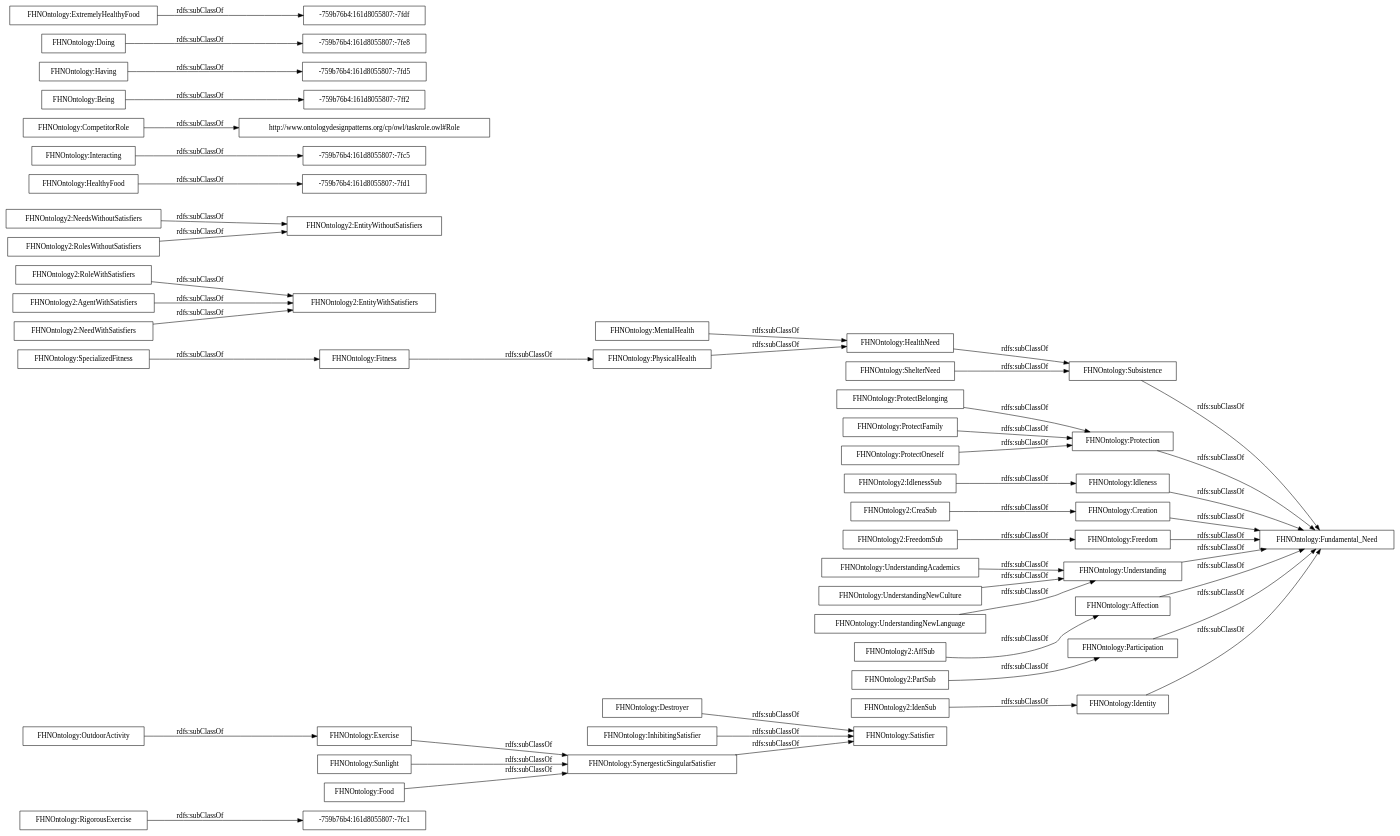
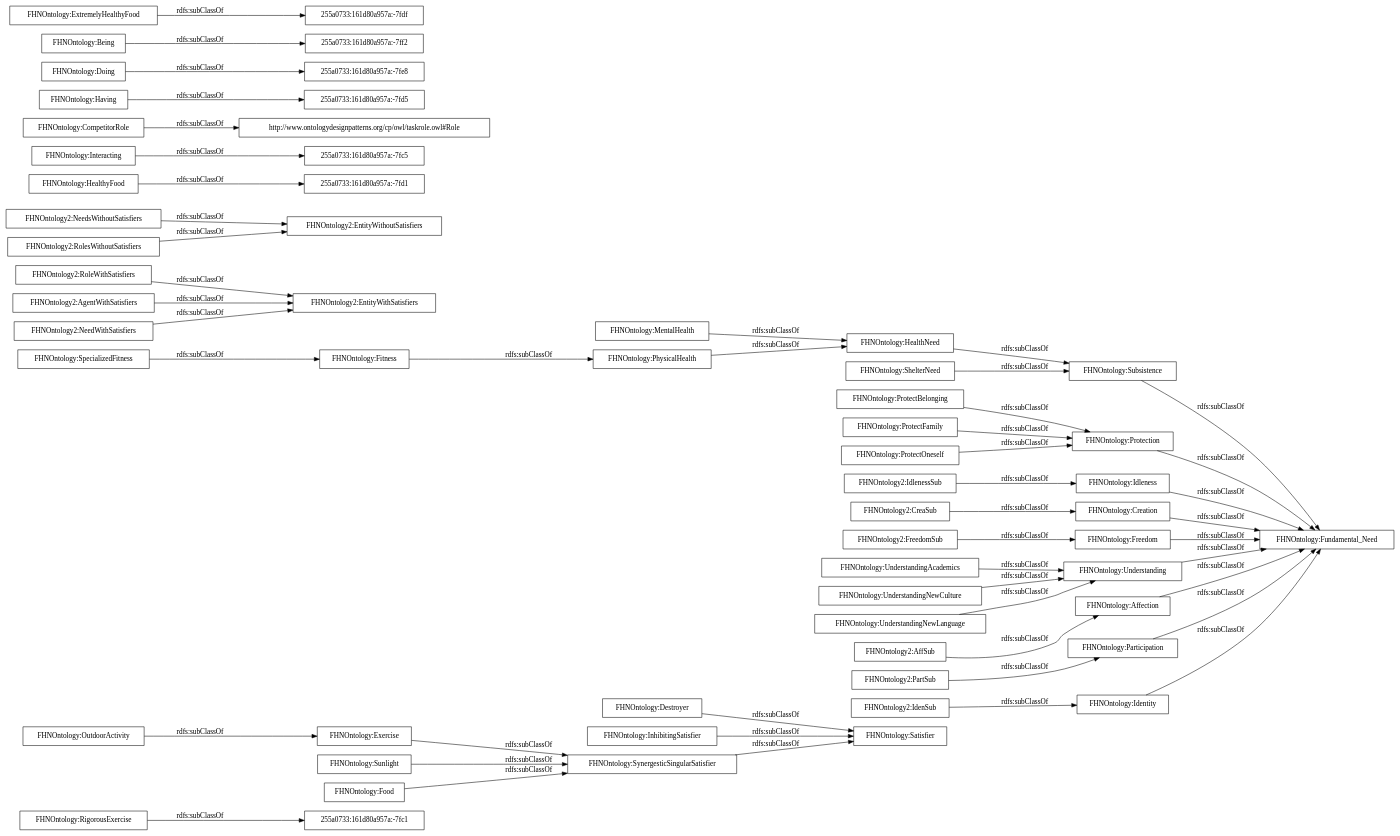
The diagram in OnToology/FHNOntology.owl/diagrams/ar2dtool-taxonomy/FHNOntology.owl.png.dot (rana-othman/Huam-Affective-States-and-their-influences-Ontology-HASIO), drawn with Graphviz before and after one commit. The commit also changed 61 other files, not shown here.

```diff
--- a/OnToology/FHNOntology.owl/diagrams/ar2dtool-taxonomy/FHNOntology.owl.png.dot
+++ b/OnToology/FHNOntology.owl/diagrams/ar2dtool-taxonomy/FHNOntology.owl.png.dot
@@ -1,53 +1,53 @@
 digraph ar2dtool_diagram { 
 rankdir=LR;
 size="1000"
-node [shape = rectangle, color="black"]; "-759b76b4:161d8055807:-7fc1" "FHNOntology:SynergesticSingularSatisfier" "FHNOntology:Identity" "FHNOntology2:EntityWithSatisfiers" "FHNOntology2:FreedomSub" "FHNOntology2:NeedsWithoutSatisfiers" "FHNOntology:Exercise" "FHNOntology:ProtectBelonging" "FHNOntology:ProtectFamily" "FHNOntology:Destroyer" "FHNOntology2:IdenSub" "FHNOntology:Subsistence" "FHNOntology:OutdoorActivity" "FHNOntology2:RolesWithoutSatisfiers" "FHNOntology2:CreaSub" "FHNOntology:RigorousExercise" "-759b76b4:161d8055807:-7fd1" "FHNOntology2:PartSub" "FHNOntology2:RoleWithSatisfiers" "FHNOntology:Fitness" "FHNOntology:Protection" "-759b76b4:161d8055807:-7fc5" "FHNOntology:Fundamental_Need" "FHNOntology:SpecializedFitness" "FHNOntology2:EntityWithoutSatisfiers" "FHNOntology2:IdlenessSub" "http://www.ontologydesignpatterns.org/cp/owl/taskrole.owl#Role" "FHNOntology:UnderstandingAcademics" "FHNOntology:InhibitingSatisfier" "FHNOntology:Idleness" "FHNOntology:Creation" "FHNOntology:Being" "-759b76b4:161d8055807:-7fd5" "-759b76b4:161d8055807:-7fe8" "FHNOntology:Freedom" "FHNOntology:UnderstandingNewCulture" "FHNOntology:MentalHealth" "FHNOntology:Understanding" "-759b76b4:161d8055807:-7fdf" "FHNOntology:HealthyFood" "FHNOntology:Affection" "FHNOntology:Satisfier" "FHNOntology2:AgentWithSatisfiers" "FHNOntology:UnderstandingNewLanguage" "FHNOntology:HealthNeed" "FHNOntology2:NeedWithSatisfiers" "FHNOntology:PhysicalHealth" "FHNOntology:Doing" "FHNOntology:Interacting" "FHNOntology2:AffSub" "FHNOntology:ShelterNeed" "FHNOntology:CompetitorRole" "FHNOntology:Having" "FHNOntology:ProtectOneself" "FHNOntology:Sunlight" "FHNOntology:Food" "FHNOntology:Participation" "-759b76b4:161d8055807:-7ff2" "FHNOntology:ExtremelyHealthyFood" ; /*classes style*/
-	"FHNOntology:Interacting" -> "-759b76b4:161d8055807:-7fc5" [ label = "rdfs:subClassOf" ];
+node [shape = rectangle, color="black"]; "255a0733:161d80a957a:-7fc1" "FHNOntology:SynergesticSingularSatisfier" "FHNOntology:Identity" "FHNOntology2:EntityWithSatisfiers" "FHNOntology2:FreedomSub" "FHNOntology2:NeedsWithoutSatisfiers" "FHNOntology:Exercise" "FHNOntology:ProtectBelonging" "FHNOntology:ProtectFamily" "FHNOntology:Destroyer" "FHNOntology2:IdenSub" "FHNOntology:Subsistence" "FHNOntology:OutdoorActivity" "255a0733:161d80a957a:-7fd1" "FHNOntology2:RolesWithoutSatisfiers" "FHNOntology2:CreaSub" "FHNOntology:RigorousExercise" "FHNOntology2:PartSub" "FHNOntology2:RoleWithSatisfiers" "FHNOntology:Fitness" "FHNOntology:Protection" "FHNOntology:Fundamental_Need" "FHNOntology:SpecializedFitness" "255a0733:161d80a957a:-7fc5" "FHNOntology2:EntityWithoutSatisfiers" "FHNOntology2:IdlenessSub" "http://www.ontologydesignpatterns.org/cp/owl/taskrole.owl#Role" "FHNOntology:UnderstandingAcademics" "FHNOntology:InhibitingSatisfier" "255a0733:161d80a957a:-7fd5" "255a0733:161d80a957a:-7fe8" "FHNOntology:Idleness" "FHNOntology:Creation" "FHNOntology:Being" "FHNOntology:Freedom" "FHNOntology:UnderstandingNewCulture" "FHNOntology:MentalHealth" "FHNOntology:Understanding" "255a0733:161d80a957a:-7ff2" "FHNOntology:HealthyFood" "FHNOntology:Affection" "FHNOntology:Satisfier" "255a0733:161d80a957a:-7fdf" "FHNOntology2:AgentWithSatisfiers" "FHNOntology:UnderstandingNewLanguage" "FHNOntology:HealthNeed" "FHNOntology2:NeedWithSatisfiers" "FHNOntology:PhysicalHealth" "FHNOntology:Doing" "FHNOntology:Interacting" "FHNOntology2:AffSub" "FHNOntology:ShelterNeed" "FHNOntology:CompetitorRole" "FHNOntology:Having" "FHNOntology:ProtectOneself" "FHNOntology:Sunlight" "FHNOntology:Food" "FHNOntology:Participation" "FHNOntology:ExtremelyHealthyFood" ; /*classes style*/
+	"FHNOntology:Interacting" -> "255a0733:161d80a957a:-7fc5" [ label = "rdfs:subClassOf" ];
 	"FHNOntology:UnderstandingNewCulture" -> "FHNOntology:Understanding" [ label = "rdfs:subClassOf" ];
 	"FHNOntology:PhysicalHealth" -> "FHNOntology:HealthNeed" [ label = "rdfs:subClassOf" ];
 	"FHNOntology:Creation" -> "FHNOntology:Fundamental_Need" [ label = "rdfs:subClassOf" ];
 	"FHNOntology:Exercise" -> "FHNOntology:SynergesticSingularSatisfier" [ label = "rdfs:subClassOf" ];
 	"FHNOntology:Food" -> "FHNOntology:SynergesticSingularSatisfier" [ label = "rdfs:subClassOf" ];
 	"FHNOntology:Affection" -> "FHNOntology:Fundamental_Need" [ label = "rdfs:subClassOf" ];
 	"FHNOntology:Identity" -> "FHNOntology:Fundamental_Need" [ label = "rdfs:subClassOf" ];
 	"FHNOntology:UnderstandingAcademics" -> "FHNOntology:Understanding" [ label = "rdfs:subClassOf" ];
 	"FHNOntology2:FreedomSub" -> "FHNOntology:Freedom" [ label = "rdfs:subClassOf" ];
 	"FHNOntology2:RolesWithoutSatisfiers" -> "FHNOntology2:EntityWithoutSatisfiers" [ label = "rdfs:subClassOf" ];
 	"FHNOntology:InhibitingSatisfier" -> "FHNOntology:Satisfier" [ label = "rdfs:subClassOf" ];
-	"FHNOntology:Being" -> "-759b76b4:161d8055807:-7ff2" [ label = "rdfs:subClassOf" ];
+	"FHNOntology:Being" -> "255a0733:161d80a957a:-7ff2" [ label = "rdfs:subClassOf" ];
 	"FHNOntology2:NeedWithSatisfiers" -> "FHNOntology2:EntityWithSatisfiers" [ label = "rdfs:subClassOf" ];
 	"FHNOntology:Subsistence" -> "FHNOntology:Fundamental_Need" [ label = "rdfs:subClassOf" ];
 	"FHNOntology:Participation" -> "FHNOntology:Fundamental_Need" [ label = "rdfs:subClassOf" ];
-	"FHNOntology:Doing" -> "-759b76b4:161d8055807:-7fe8" [ label = "rdfs:subClassOf" ];
+	"FHNOntology:Doing" -> "255a0733:161d80a957a:-7fe8" [ label = "rdfs:subClassOf" ];
 	"FHNOntology:SpecializedFitness" -> "FHNOntology:Fitness" [ label = "rdfs:subClassOf" ];
 	"FHNOntology:ShelterNeed" -> "FHNOntology:Subsistence" [ label = "rdfs:subClassOf" ];
 	"FHNOntology:Understanding" -> "FHNOntology:Fundamental_Need" [ label = "rdfs:subClassOf" ];
 	"FHNOntology:Fitness" -> "FHNOntology:PhysicalHealth" [ label = "rdfs:subClassOf" ];
 	"FHNOntology:UnderstandingNewLanguage" -> "FHNOntology:Understanding" [ label = "rdfs:subClassOf" ];
 	"FHNOntology:Destroyer" -> "FHNOntology:Satisfier" [ label = "rdfs:subClassOf" ];
 	"FHNOntology2:RoleWithSatisfiers" -> "FHNOntology2:EntityWithSatisfiers" [ label = "rdfs:subClassOf" ];
 	"FHNOntology:CompetitorRole" -> "http://www.ontologydesignpatterns.org/cp/owl/taskrole.owl#Role" [ label = "rdfs:subClassOf" ];
 	"FHNOntology:ProtectFamily" -> "FHNOntology:Protection" [ label = "rdfs:subClassOf" ];
 	"FHNOntology:MentalHealth" -> "FHNOntology:HealthNeed" [ label = "rdfs:subClassOf" ];
 	"FHNOntology2:AgentWithSatisfiers" -> "FHNOntology2:EntityWithSatisfiers" [ label = "rdfs:subClassOf" ];
 	"FHNOntology2:PartSub" -> "FHNOntology:Participation" [ label = "rdfs:subClassOf" ];
 	"FHNOntology2:NeedsWithoutSatisfiers" -> "FHNOntology2:EntityWithoutSatisfiers" [ label = "rdfs:subClassOf" ];
 	"FHNOntology:Protection" -> "FHNOntology:Fundamental_Need" [ label = "rdfs:subClassOf" ];
 	"FHNOntology2:IdlenessSub" -> "FHNOntology:Idleness" [ label = "rdfs:subClassOf" ];
 	"FHNOntology:ProtectOneself" -> "FHNOntology:Protection" [ label = "rdfs:subClassOf" ];
 	"FHNOntology2:IdenSub" -> "FHNOntology:Identity" [ label = "rdfs:subClassOf" ];
 	"FHNOntology2:AffSub" -> "FHNOntology:Affection" [ label = "rdfs:subClassOf" ];
 	"FHNOntology:SynergesticSingularSatisfier" -> "FHNOntology:Satisfier" [ label = "rdfs:subClassOf" ];
 	"FHNOntology:OutdoorActivity" -> "FHNOntology:Exercise" [ label = "rdfs:subClassOf" ];
 	"FHNOntology:Freedom" -> "FHNOntology:Fundamental_Need" [ label = "rdfs:subClassOf" ];
 	"FHNOntology:HealthNeed" -> "FHNOntology:Subsistence" [ label = "rdfs:subClassOf" ];
 	"FHNOntology2:CreaSub" -> "FHNOntology:Creation" [ label = "rdfs:subClassOf" ];
-	"FHNOntology:RigorousExercise" -> "-759b76b4:161d8055807:-7fc1" [ label = "rdfs:subClassOf" ];
-	"FHNOntology:ExtremelyHealthyFood" -> "-759b76b4:161d8055807:-7fdf" [ label = "rdfs:subClassOf" ];
-	"FHNOntology:Having" -> "-759b76b4:161d8055807:-7fd5" [ label = "rdfs:subClassOf" ];
+	"FHNOntology:RigorousExercise" -> "255a0733:161d80a957a:-7fc1" [ label = "rdfs:subClassOf" ];
+	"FHNOntology:ExtremelyHealthyFood" -> "255a0733:161d80a957a:-7fdf" [ label = "rdfs:subClassOf" ];
+	"FHNOntology:Having" -> "255a0733:161d80a957a:-7fd5" [ label = "rdfs:subClassOf" ];
 	"FHNOntology:Idleness" -> "FHNOntology:Fundamental_Need" [ label = "rdfs:subClassOf" ];
 	"FHNOntology:ProtectBelonging" -> "FHNOntology:Protection" [ label = "rdfs:subClassOf" ];
 	"FHNOntology:Sunlight" -> "FHNOntology:SynergesticSingularSatisfier" [ label = "rdfs:subClassOf" ];
-	"FHNOntology:HealthyFood" -> "-759b76b4:161d8055807:-7fd1" [ label = "rdfs:subClassOf" ];
+	"FHNOntology:HealthyFood" -> "255a0733:161d80a957a:-7fd1" [ label = "rdfs:subClassOf" ];
 
 }
```
